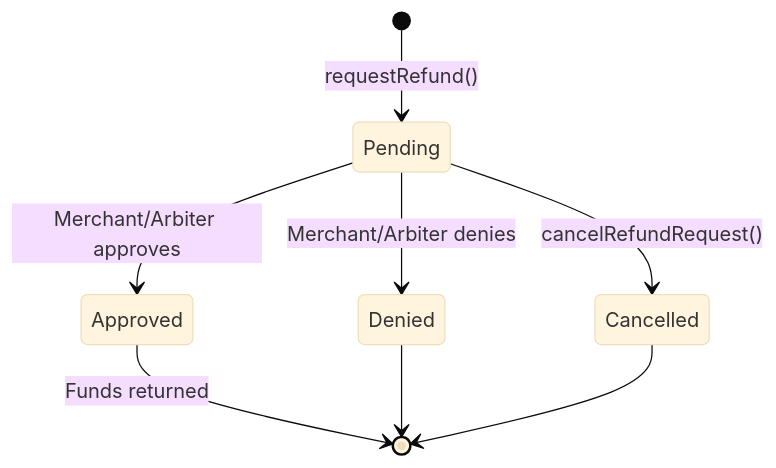
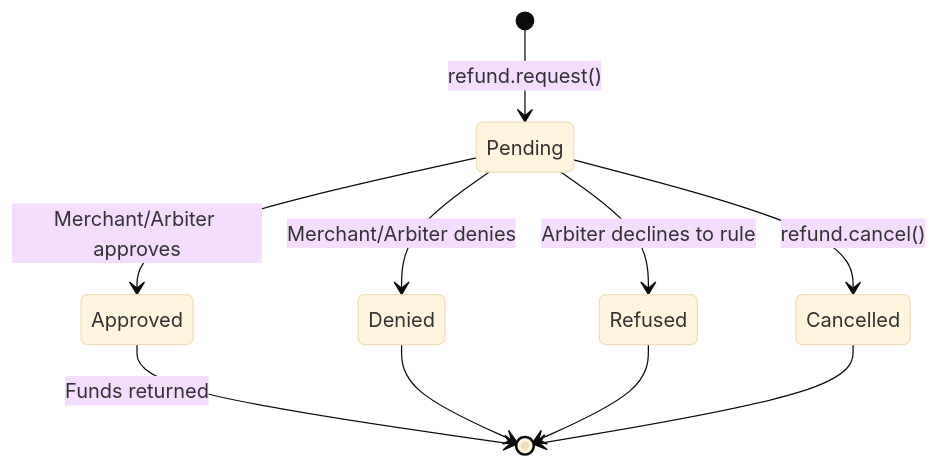
One commit to BackTrackCo/docs changed the diagram in sdk/client/refund-operations.mdx. Above: the diagram before and after it, drawn with Mermaid (base theme). The commit also changed other lines of this file and 17 other files, not shown here.

````diff
--- a/sdk/client/refund-operations.mdx
+++ b/sdk/client/refund-operations.mdx
@@ -79,10 +91,12 @@
 ```mermaid
 stateDiagram-v2
-    [*] --> Pending: requestRefund()
+    [*] --> Pending: refund.request()
     Pending --> Approved: Merchant/Arbiter approves
     Pending --> Denied: Merchant/Arbiter denies
-    Pending --> Cancelled: cancelRefundRequest()
+    Pending --> Refused: Arbiter declines to rule
+    Pending --> Cancelled: refund.cancel()
     Approved --> [*]: Funds returned
     Denied --> [*]
+    Refused --> [*]
     Cancelled --> [*]
 ```
````
